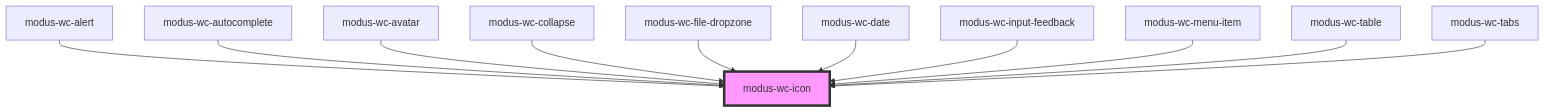
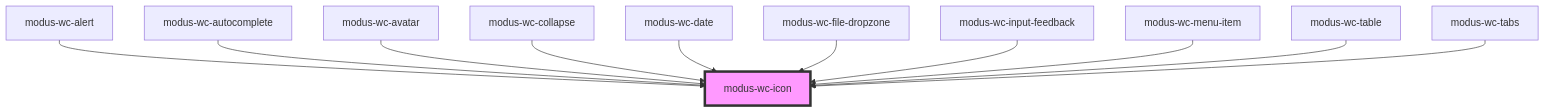
One commit to trimble-oss/modus-wc-2.0 changed the diagram in src/components/modus-wc-icon/readme.md. Above: the diagram before and after it, drawn with Mermaid. The commit also changed other lines of this file and 5 other files, not shown here.

````diff
--- a/src/components/modus-wc-icon/readme.md
+++ b/src/components/modus-wc-icon/readme.md
@@ -41,14 +41,14 @@
 ```mermaid
 graph TD;
   modus-wc-alert --> modus-wc-icon
   modus-wc-autocomplete --> modus-wc-icon
   modus-wc-avatar --> modus-wc-icon
   modus-wc-collapse --> modus-wc-icon
+  modus-wc-date --> modus-wc-icon
   modus-wc-file-dropzone --> modus-wc-icon
-  modus-wc-date --> modus-wc-icon
   modus-wc-input-feedback --> modus-wc-icon
   modus-wc-menu-item --> modus-wc-icon
   modus-wc-table --> modus-wc-icon
   modus-wc-tabs --> modus-wc-icon
   style modus-wc-icon fill:#f9f,stroke:#333,stroke-width:4px
 ```
````
